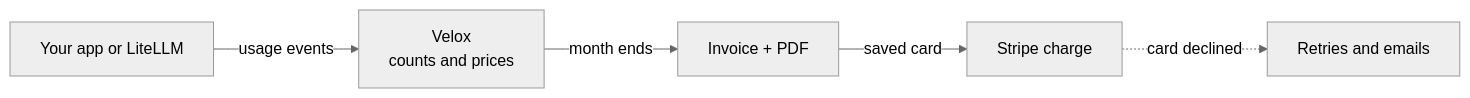
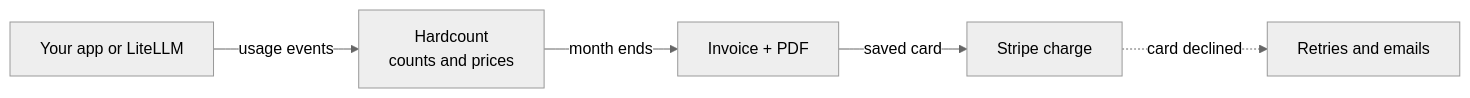
One commit to gethardcount/hardcount changed the diagram in README.md. Above: the diagram before and after it, drawn with Mermaid (neutral theme). The commit also changed other lines of this file and 1438 other files, not shown here.

First line of the commit message:
chore!: Velox is now Hardcount (#1409)

````diff
--- a/README.md
+++ b/README.md
@@ -40,7 +40,7 @@
 ```mermaid
 flowchart LR
-    A["Your app or LiteLLM"] -->|"usage events"| B["Velox<br/>counts and prices"]
+    A["Your app or LiteLLM"] -->|"usage events"| B["Hardcount<br/>counts and prices"]
     B -->|"month ends"| C["Invoice + PDF"]
     C -->|"saved card"| D["Stripe charge"]
     D -.->|"card declined"| E["Retries and emails"]
 ```
````
